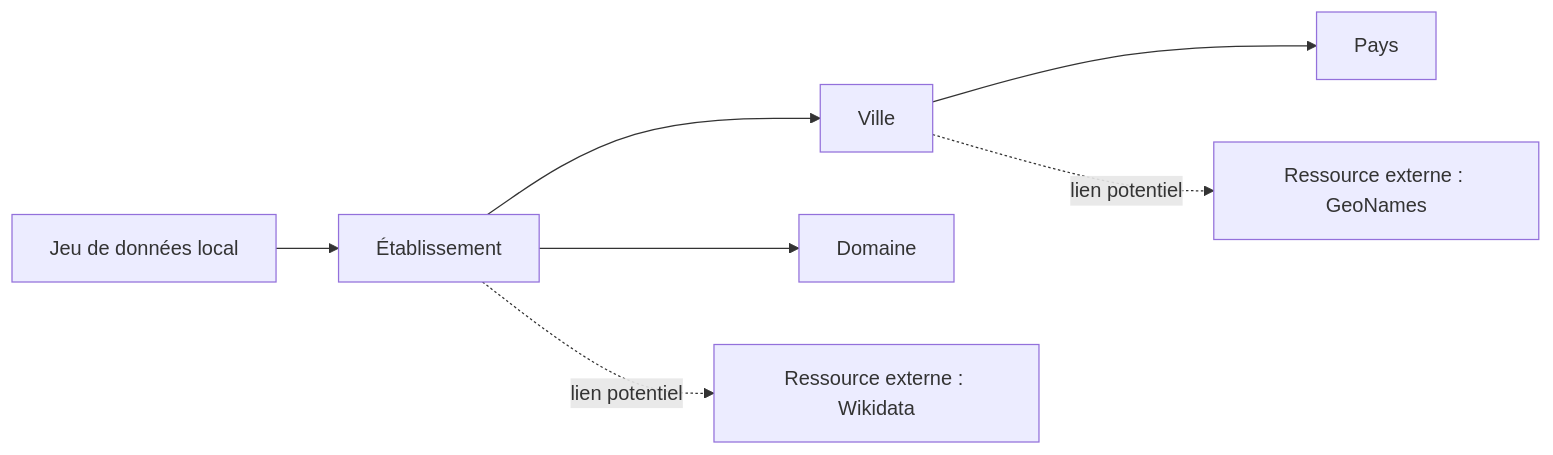
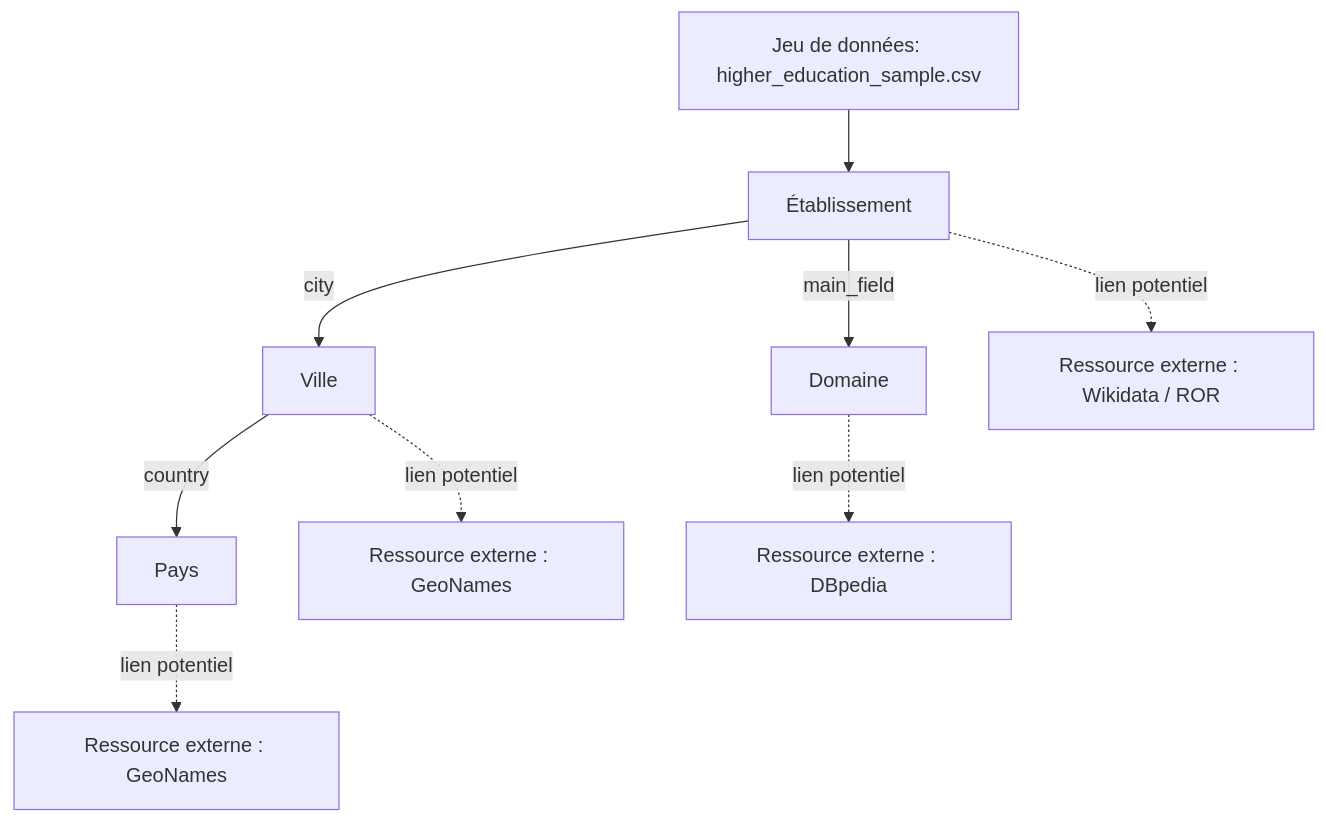
Before and after one commit to YounessBOUTYOUR/lod-tp1-template-groupe-06-2: the diagram in deliverables/Groupe-06/seance/02_carte_des_liens.md, drawn with Mermaid. The commit also changed other lines of this file and 2 other files, not shown here.

````diff
--- a/deliverables/Groupe-06/seance/02_carte_des_liens.md
+++ b/deliverables/Groupe-06/seance/02_carte_des_liens.md
@@ -36,17 +29,23 @@
 ```mermaid
-graph LR
-  Dataset["Jeu de données local"]
+graph TD
+  Dataset["Jeu de données: higher_education_sample.csv"]
   Institution["Établissement"]
   City["Ville"]
   Country["Pays"]
   Field["Domaine"]
-  WD["Ressource externe : Wikidata"]
-  GN["Ressource externe : GeoNames"]
 
   Dataset --> Institution
-  Institution --> City
-  City --> Country
-  Institution --> Field
-  Institution -. lien potentiel .-> WD
-  City -. lien potentiel .-> GN
+  Institution -- "city" --> City
+  City -- "country" --> Country
+  Institution -- "main_field" --> Field
+
+  WD_Inst["Ressource externe : Wikidata / ROR"]
+  GN_City["Ressource externe : GeoNames"]
+  GN_Country["Ressource externe : GeoNames"]
+  DP_Field["Ressource externe : DBpedia"]
+
+  Institution -. "lien potentiel" .-> WD_Inst
+  City -. "lien potentiel" .-> GN_City
+  Country-. "lien potentiel" .-> GN_Country
+  Field-. "lien potentiel" .-> DP_Field
 ```
````
